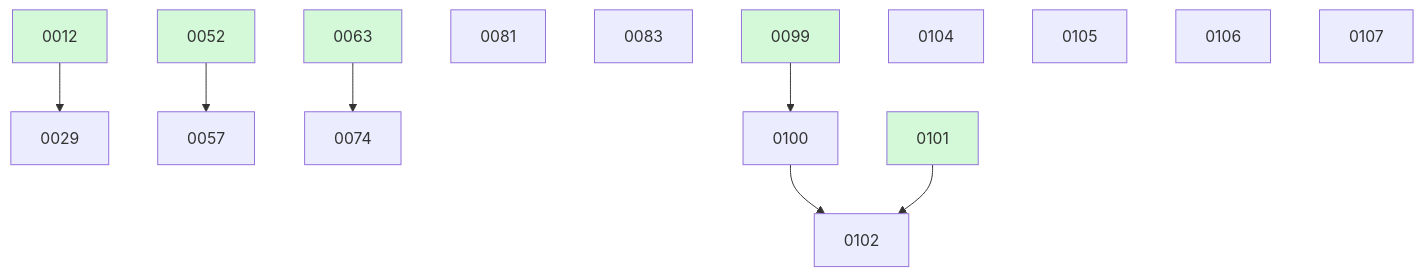
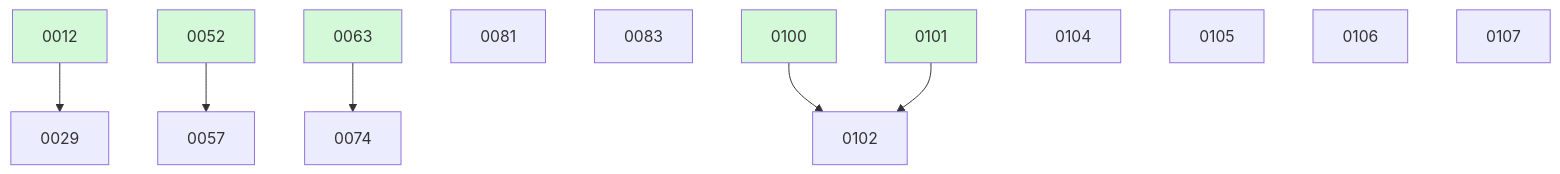
The diagram in docs/changes/BOARD.md (ethanhinson/fuse), drawn with Mermaid before and after one commit. The commit also changed other lines of this file and 4 other files, not shown here.

````diff
--- a/docs/changes/BOARD.md
+++ b/docs/changes/BOARD.md
@@ -36,21 +35,20 @@
 ```mermaid
 graph TD
   0012 --> 0029
   0052 --> 0057
   0063 --> 0074
   0081
   0083
-  0099 --> 0100
   0100 --> 0102
   0101 --> 0102
   0104
   0105
   0106
   0107
   0012:::done
   0052:::done
   0063:::done
-  0099:::done
+  0100:::done
   0101:::done
   classDef done fill:#d3f9d8;
 ```
````
